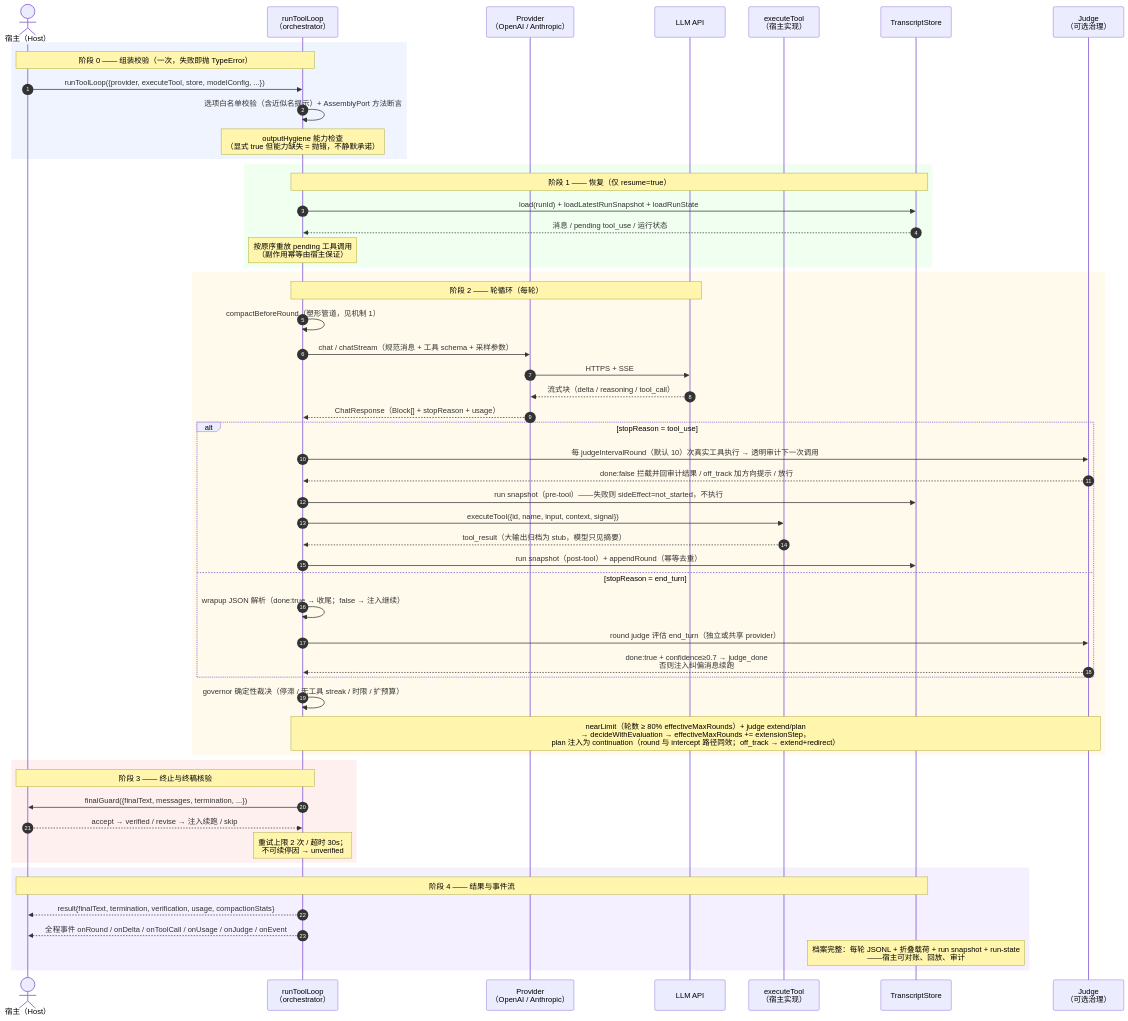
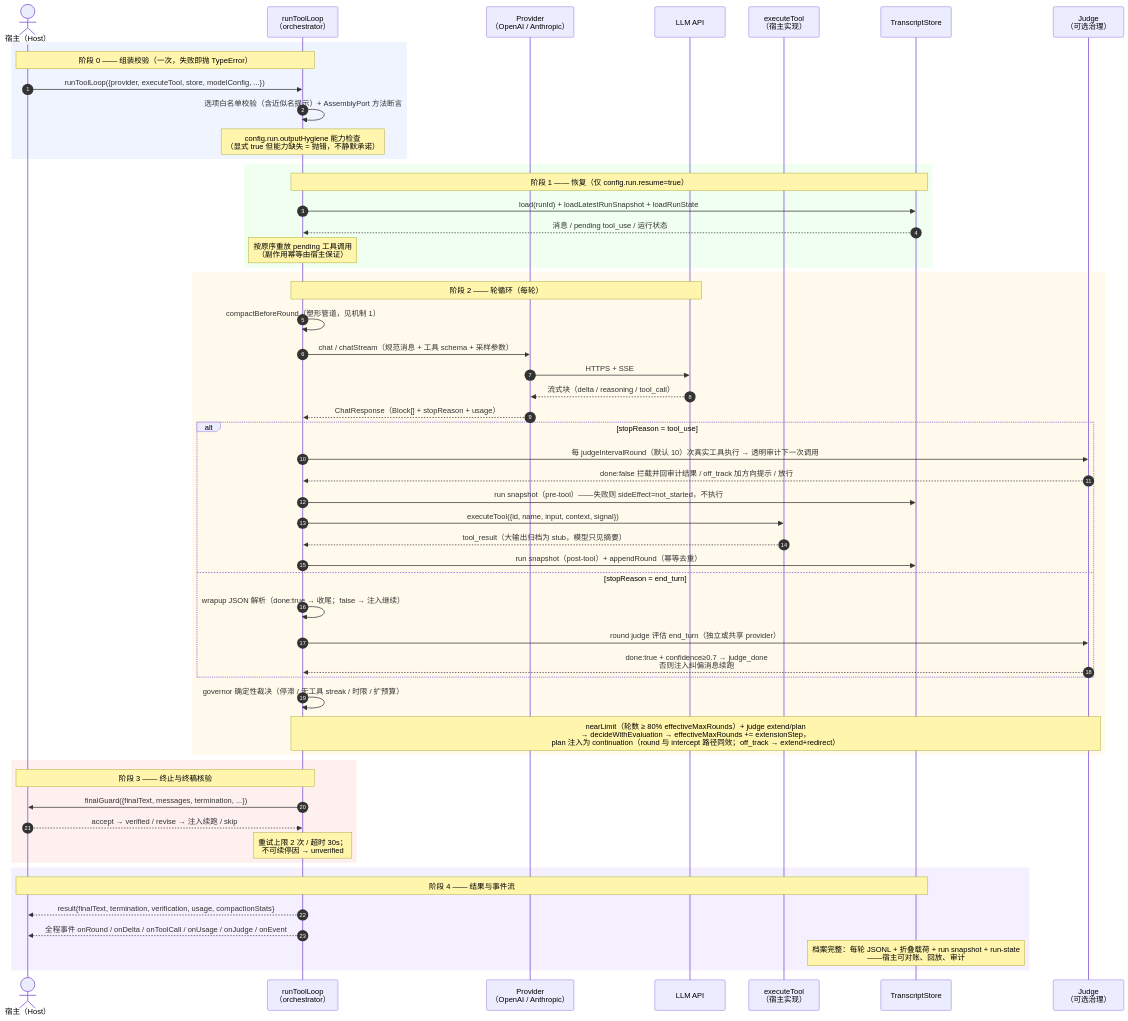
The third of 5 diagrams in docs/charts_cn.md (ErixWong/erix-agent), drawn with Mermaid before and after one commit. The commit also changed other lines of this file and 1 other file, not shown here.

First line of the commit message:
docs(#523): charts 中英把缓存/折叠/TTL 的选项拼写改成规位形态

````diff
--- a/docs/charts_cn.md
+++ b/docs/charts_cn.md
@@ -183,62 +183,62 @@
 ```mermaid
 sequenceDiagram
     autonumber
     actor H as 宿主（Host）
     participant L as runToolLoop<br/>（orchestrator）
     participant P as Provider<br/>（OpenAI / Anthropic）
     participant M as LLM API
     participant T as executeTool<br/>（宿主实现）
     participant S as TranscriptStore
     participant J as Judge<br/>（可选治理）
 
     rect rgb(240, 244, 255)
     Note over H,L: 阶段 0 —— 组装校验（一次，失败即抛 TypeError）
     H->>L: runToolLoop({provider, executeTool, store, modelConfig, ...})
     L->>L: 选项白名单校验（含近似名提示）+ AssemblyPort 方法断言
-    Note over L: outputHygiene 能力检查<br/>（显式 true 但能力缺失 = 抛错，不静默承诺）
+    Note over L: config.run.outputHygiene 能力检查<br/>（显式 true 但能力缺失 = 抛错，不静默承诺）
     end
 
     rect rgb(240, 255, 240)
-    Note over L,S: 阶段 1 —— 恢复（仅 resume=true）
+    Note over L,S: 阶段 1 —— 恢复（仅 config.run.resume=true）
     L->>S: load(runId) + loadLatestRunSnapshot + loadRunState
     S-->>L: 消息 / pending tool_use / 运行状态
     Note over L: 按原序重放 pending 工具调用<br/>（副作用幂等由宿主保证）
     end
 
     rect rgb(255, 250, 235)
     Note over L,M: 阶段 2 —— 轮循环（每轮）
     L->>L: compactBeforeRound（塑形管道，见机制 1）
     L->>P: chat / chatStream（规范消息 + 工具 schema + 采样参数）
     P->>M: HTTPS + SSE
     M-->>P: 流式块（delta / reasoning / tool_call）
     P-->>L: ChatResponse（Block[] + stopReason + usage）
     alt stopReason = tool_use
         L->>J: 每 judgeIntervalRound（默认 10）次真实工具执行 → 透明审计下一次调用
         J-->>L: done:false 拦截并回审计结果 / off_track 加方向提示 / 放行
         L->>S: run snapshot（pre-tool）——失败则 sideEffect=not_started，不执行
         L->>T: executeTool({id, name, input, context, signal})
         T-->>L: tool_result（大输出归档为 stub，模型只见摘要）
         L->>S: run snapshot（post-tool）+ appendRound（幂等去重）
     else stopReason = end_turn
         L->>L: wrapup JSON 解析（done:true → 收尾；false → 注入继续）
         L->>J: round judge 评估 end_turn（独立或共享 provider）
         J-->>L: done:true + confidence≥0.7 → judge_done<br/>否则注入纠偏消息续跑
     end
     L->>L: governor 确定性裁决（停滞 / 无工具 streak / 时限 / 扩预算）
     Note over L,J: nearLimit（轮数 ≥ 80% effectiveMaxRounds）+ judge extend/plan<br/>→ decideWithEvaluation → effectiveMaxRounds += extensionStep，<br/>plan 注入为 continuation（round 与 intercept 路径同效；off_track → extend+redirect）
     end
 
     rect rgb(255, 240, 240)
     Note over H,L: 阶段 3 —— 终止与终稿核验
     L->>H: finalGuard({finalText, messages, termination, ...})
     H-->>L: accept → verified / revise → 注入续跑 / skip
     Note over L: 重试上限 2 次 / 超时 30s；<br/>不可续停因 → unverified
     end
 
     rect rgb(245, 240, 255)
     Note over H,S: 阶段 4 —— 结果与事件流
     L-->>H: result{finalText, termination, verification, usage, compactionStats}
     L-->>H: 全程事件 onRound / onDelta / onToolCall / onUsage / onJudge / onEvent
     Note over S: 档案完整：每轮 JSONL + 折叠载荷 + run snapshot + run-state<br/>——宿主可对账、回放、审计
     end
 ```
````
